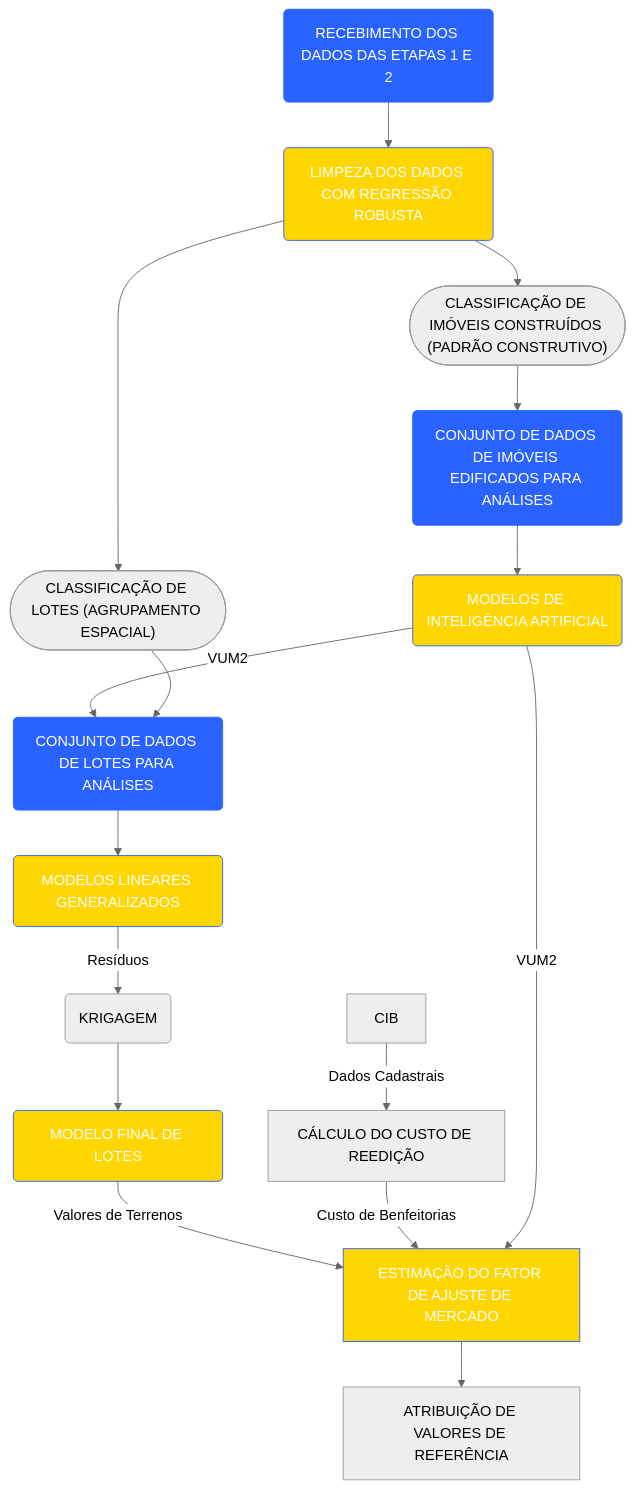
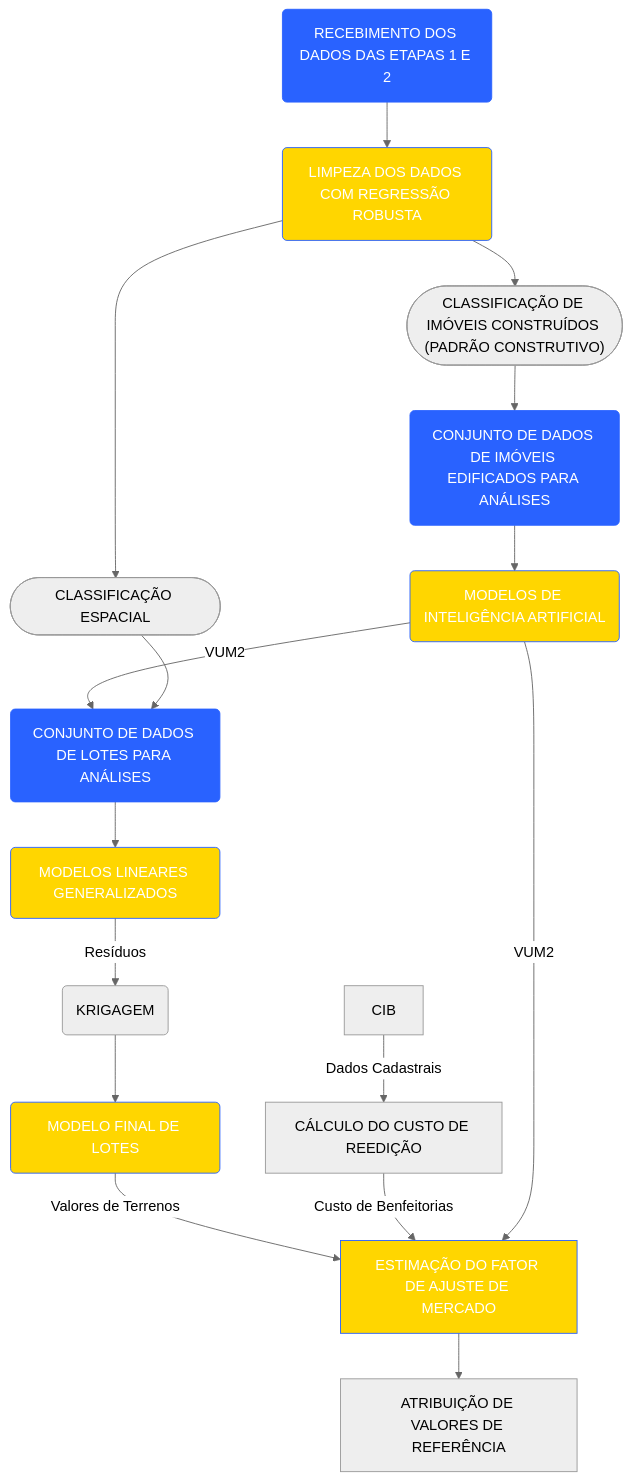
Before and after one commit to LabFSG-UFSC/Relatorio_01-2026: the diagram in estimacao.qmd, drawn with Mermaid (neutral theme). The commit also changed other lines of this file, not shown here.

````diff
--- a/estimacao.qmd
+++ b/estimacao.qmd
@@ -8,30 +8,30 @@
 ```{mermaid}
 %%| fig-width: 4
 %%| label: fig-fluxo_Est
 %%| fig-cap: "Fluxograma da estimação do Valor de Referência."
 flowchart TB
     A("RECEBIMENTO DOS DADOS DAS ETAPAS 1 E 2") --> B("LIMPEZA DOS DADOS COM REGRESSÃO ROBUSTA")
     B --> C(["CLASSIFICAÇÃO DE IMÓVEIS CONSTRUÍDOS (PADRÃO CONSTRUTIVO)"])
-    B --> D(["CLASSIFICAÇÃO DE LOTES (AGRUPAMENTO ESPACIAL)"])
+    B --> D(["CLASSIFICAÇÃO ESPACIAL"])
     C --> E("CONJUNTO DE DADOS DE IMÓVEIS EDIFICADOS PARA ANÁLISES")
     E --> F("MODELOS DE INTELIGÊNCIA ARTIFICIAL")
     F --VUM2 --> G("CONJUNTO DE DADOS DE LOTES PARA ANÁLISES")
     D --> G
     G --> H("MODELOS LINEARES GENERALIZADOS")
     H --Resíduos --> I("KRIGAGEM")
     I --> J("MODELO FINAL DE LOTES")
     K["CIB"] --Dados Cadastrais --> L["CÁLCULO DO CUSTO DE REEDIÇÃO"]
     J --Valores de Terrenos --> M
     L --Custo de Benfeitorias --> M["ESTIMAÇÃO DO FATOR DE AJUSTE DE MERCADO"]
     M --> N["ATRIBUIÇÃO DE VALORES DE REFERÊNCIA"]
     F --VUM2--> M
   
     style A stroke:#2962FF, fill:#2962FF,color:#FFFFFF
     style B stroke:#2962FF, fill:#FFD600,color:#FFFFFF
     style F stroke:#2962FF, fill:#FFD600,color:#FFFFFF
     style E stroke:#2962FF, fill:#2962FF,color:#FFFFFF
     style G stroke:#2962FF, fill:#2962FF,color:#FFFFFF
     style H stroke:#2962FF, fill:#FFD600,color:#FFFFFF
     style J stroke:#2962FF, fill:#FFD600,color:#FFFFFF
     style M stroke:#2962FF, fill:#FFD600,color:#FFFFFF
 ```
````
